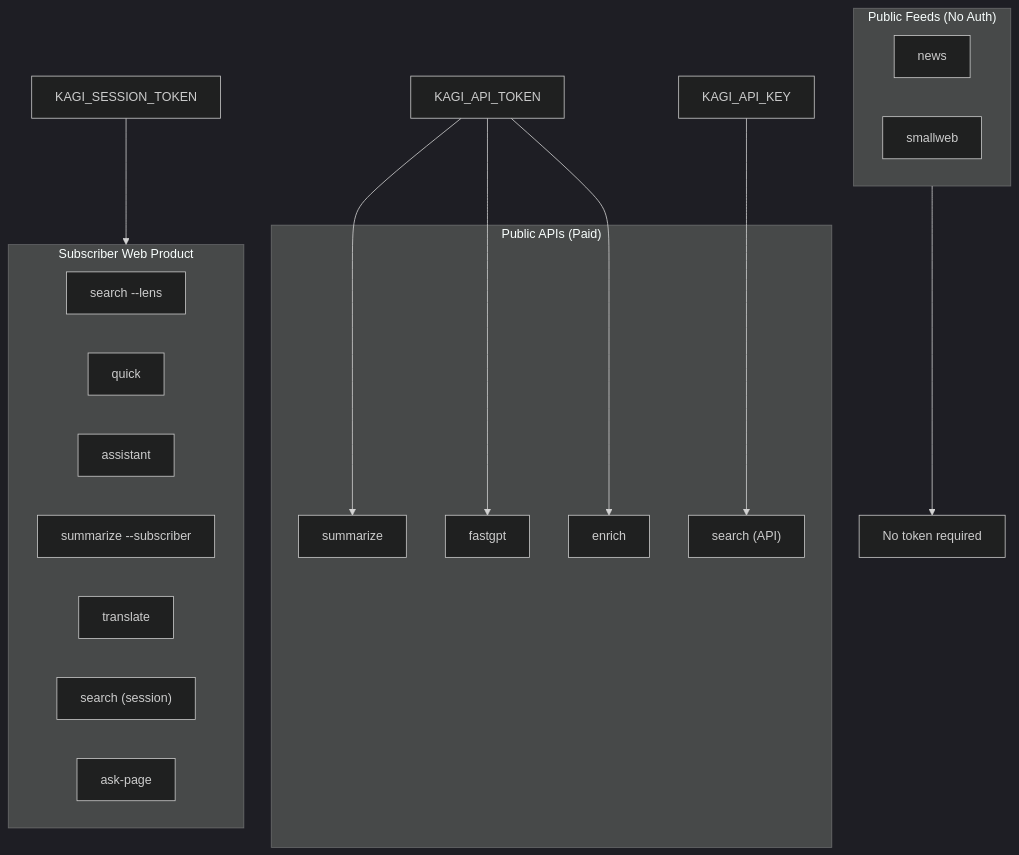
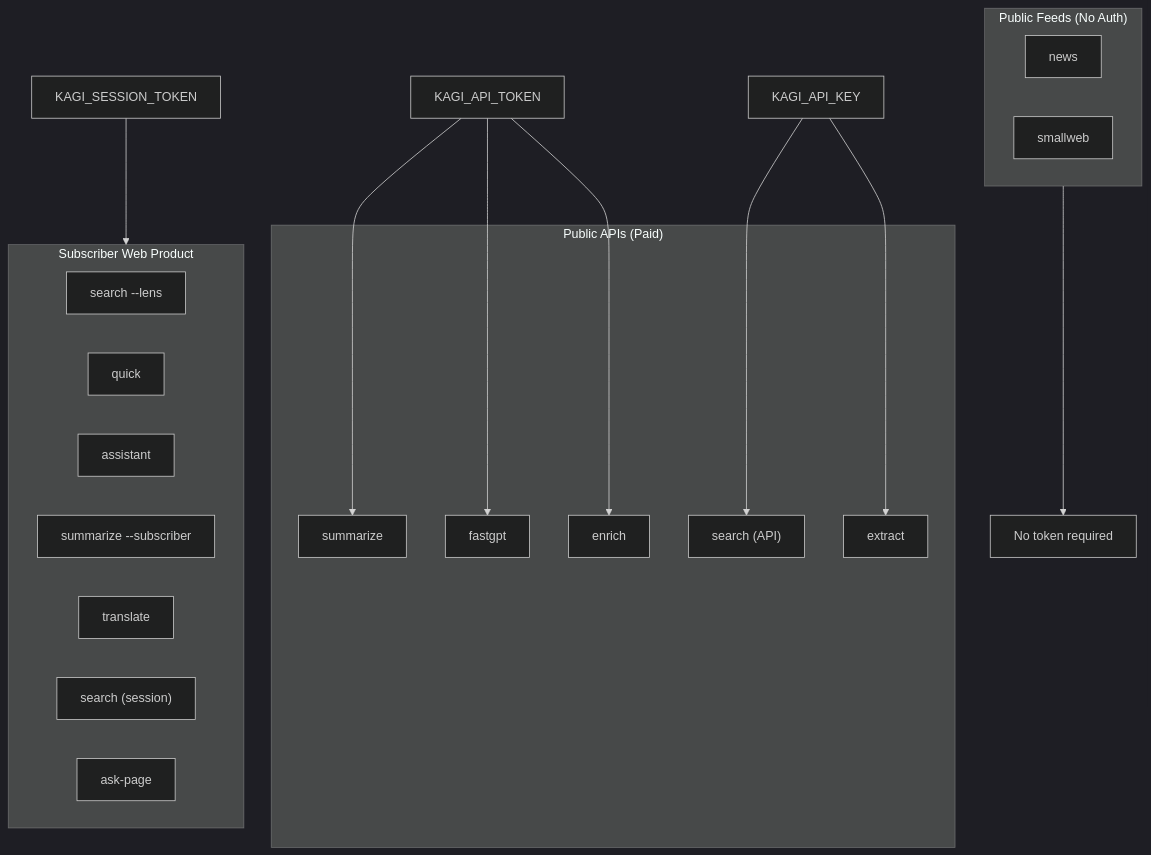
The diagram in docs/content/docs/index.mdx (Microck/kagi-cli), drawn with Mermaid (dark theme) before and after one commit. The commit also changed other lines of this file and 3 other files, not shown here.

````diff
--- a/docs/content/docs/index.mdx
+++ b/docs/content/docs/index.mdx
@@ -108,31 +108,33 @@
 ```mermaid
 flowchart TB
     subgraph PublicAPIs["Public APIs (Paid)"]
         api1["summarize"]
         api2["fastgpt"]
         api3["enrich"]
         api4["search (API)"]
+        api5["extract"]
     end
 
     subgraph SubscriberWeb["Subscriber Web Product"]
         web1["search --lens"]
         web2["quick"]
         web3["assistant"]
         web4["summarize --subscriber"]
         web5["translate"]
         web6["search (session)"]
         web7["ask-page"]
     end
 
     subgraph PublicFeeds["Public Feeds (No Auth)"]
         feed1["news"]
         feed2["smallweb"]
     end
 
     KAGI_API_KEY --> api4
+    KAGI_API_KEY --> api5
     KAGI_API_TOKEN --> api1
     KAGI_API_TOKEN --> api2
     KAGI_API_TOKEN --> api3
     KAGI_SESSION_TOKEN --> SubscriberWeb
     PublicFeeds --> NoAuth["No token required"]
 ```
````
